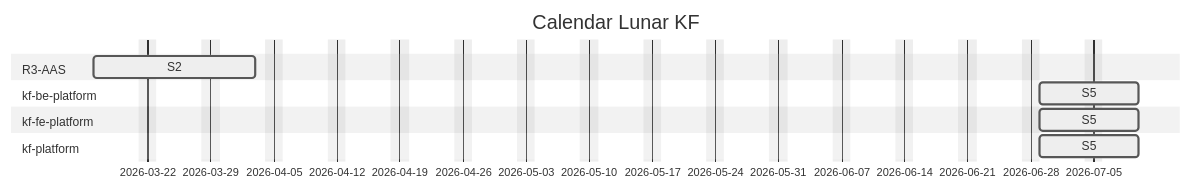
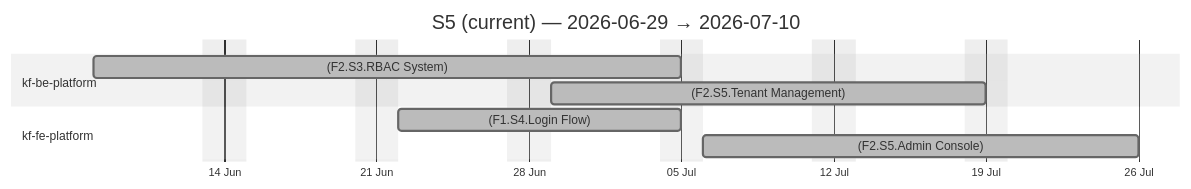
The fifth of 6 diagrams in docs/unified-calendar.md (Katty-Fashion/kf-cpto), drawn with Mermaid (neutral theme) before and after one commit. The commit also changed other lines of this file and 12 other files, not shown here.

````diff
--- a/docs/unified-calendar.md
+++ b/docs/unified-calendar.md
@@ -20,15 +143,14 @@
 ```mermaid
 gantt
-    title Calendar Lunar KF
+    title S5 (current) — 2026-06-29 → 2026-07-10
     dateFormat YYYY-MM-DD
+    axisFormat %d %b
     excludes weekends
 
-    section R3-AAS
-    S2 :active, 2026-03-16, 2026-04-03
     section kf-be-platform
-    S5 :active, 2026-06-29, 2026-07-10
+    (F2.S3.RBAC System) :done, 2026-06-08, 2026-07-05
+    (F2.S5.Tenant Management) :done, 2026-06-29, 2026-07-19
     section kf-fe-platform
-    S5 :active, 2026-06-29, 2026-07-10
-    section kf-platform
-    S5 :active, 2026-06-29, 2026-07-10
+    (F1.S4.Login Flow) :done, 2026-06-22, 2026-07-05
+    (F2.S5.Admin Console) :done, 2026-07-06, 2026-07-26
 ```
````
